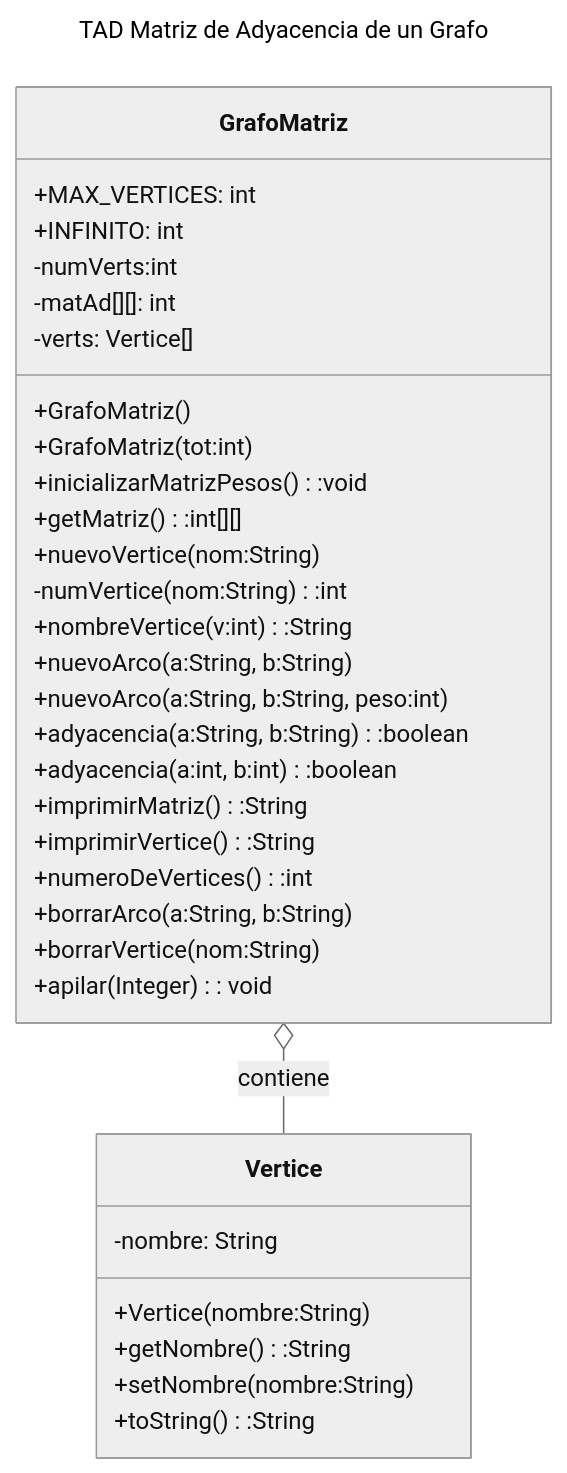
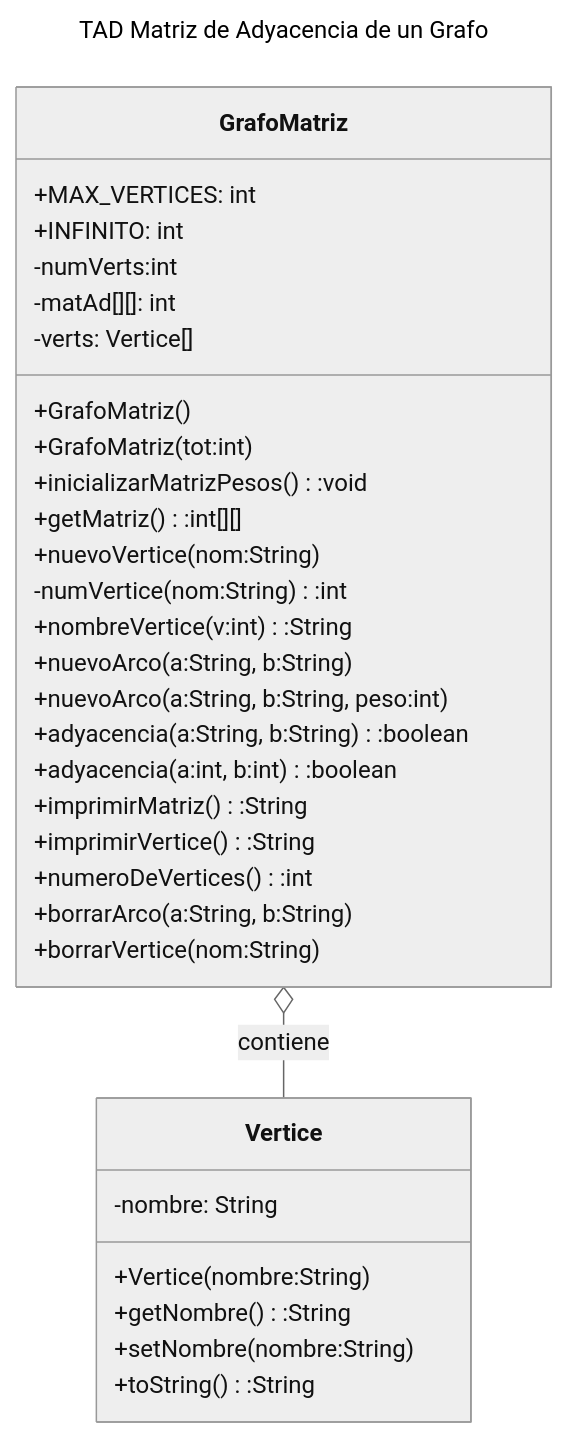
The second of 3 diagrams in README.md (AED1026-EDD-GD-EJ24/GHUB.java.EJ.ENoLineales.MariaLourdesArmentaLindoro-Solucion), drawn with Mermaid (neutral theme) before and after one commit. The commit also changed 2 other files, not shown here.

Commit message:
implementacion grafo con matriz de adyacencia

````diff
--- a/README.md
+++ b/README.md
@@ -47,41 +47,40 @@
 ```mermaid
 ---
 title: TAD Matriz de Adyacencia de un Grafo
 ---
 classDiagram
     class GrafoMatriz{
         +MAX_VERTICES: int
         +INFINITO: int
         -numVerts:int
         -matAd[][]: int
         -verts: Vertice[]
         +GrafoMatriz()
         +GrafoMatriz(tot:int)
         +inicializarMatrizPesos():void
         +getMatriz():int[][]
         +nuevoVertice(nom:String)
         -numVertice(nom:String):int
         +nombreVertice(v:int):String
         +nuevoArco(a:String, b:String)
         +nuevoArco(a:String, b:String, peso:int)
         +adyacencia(a:String, b:String):boolean
         +adyacencia(a:int, b:int):boolean
         +imprimirMatriz():String
         +imprimirVertice():String
         +numeroDeVertices():int
         +borrarArco(a:String, b:String)
         +borrarVertice(nom:String)
 
-        +apilar(Integer): void
     }
     class Vertice{
         -nombre: String
         +Vertice(nombre:String)
         +getNombre():String
         +setNombre(nombre:String)
         +toString():String
     }
     GrafoMatriz o-- Vertice: contiene
 
 
 ```
````
